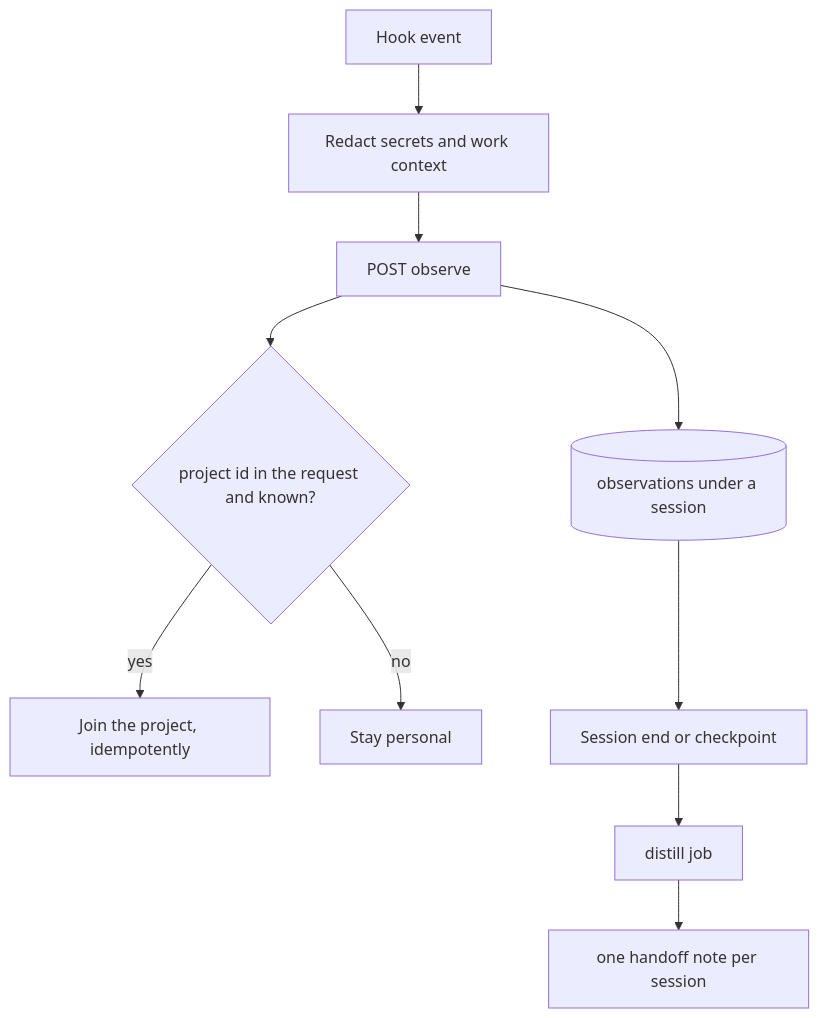
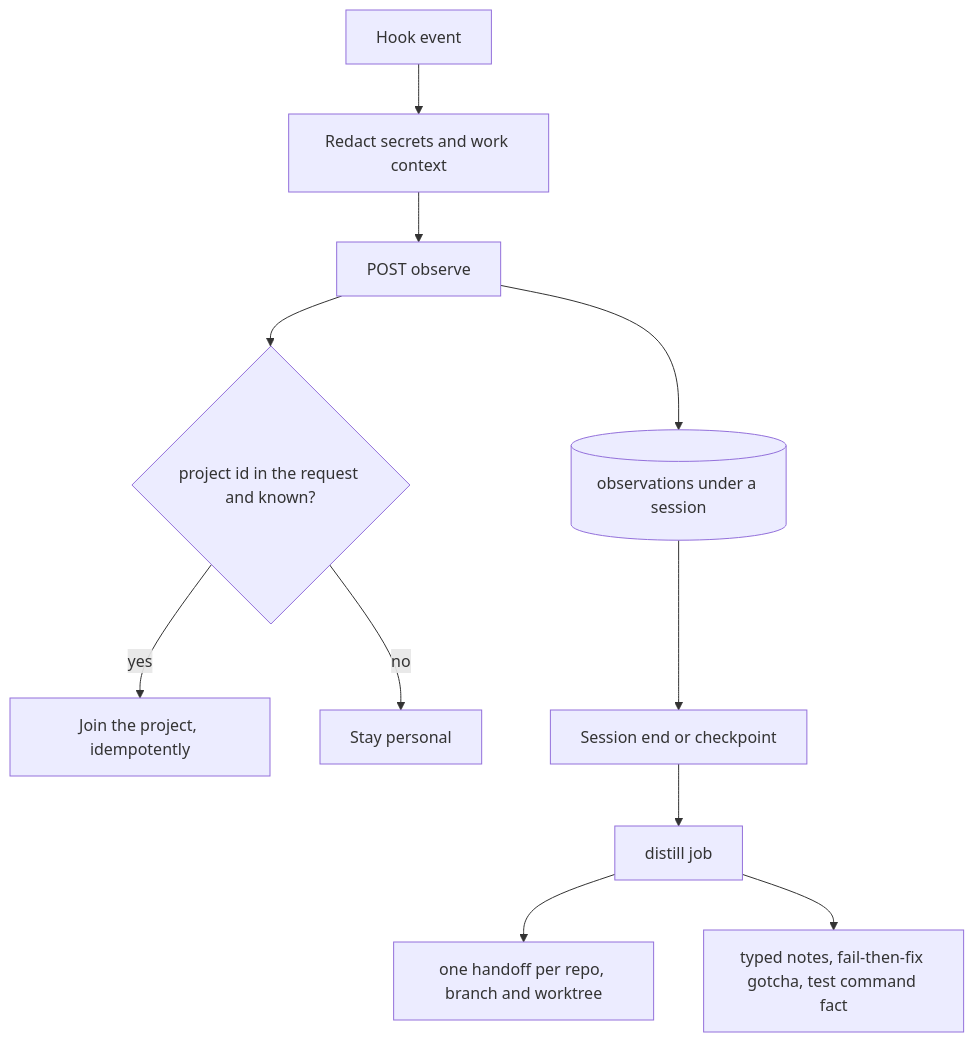
One commit to cunilab/cairn-memory changed the second of 4 diagrams in docs/data-flow.md. Above: the diagram before and after it, drawn with Mermaid. The commit also changed other lines of this file and 32 other files, not shown here.

````diff
--- a/docs/data-flow.md
+++ b/docs/data-flow.md
@@ -33,12 +33,13 @@
 ```mermaid
 flowchart TD
     Hook[Hook event] --> Redact[Redact secrets and work context]
     Redact --> Post[POST observe]
     Post --> Obs[(observations under a session)]
     Post --> Attach{project id in the request and known?}
     Attach -->|yes| Join[Join the project, idempotently]
     Attach -->|no| Personal[Stay personal]
     Obs --> End[Session end or checkpoint]
     End --> Job[distill job]
-    Job --> Handoff[one handoff note per session]
+    Job --> Handoff[one handoff per repo, branch and worktree]
+    Job --> Notes[typed notes, fail-then-fix gotcha, test command fact]
 ```
````
